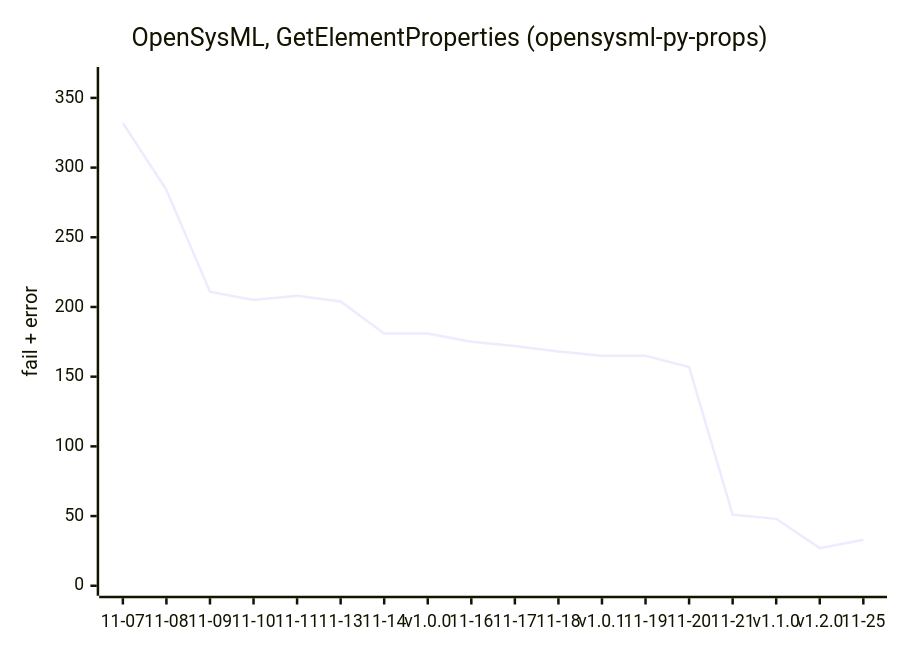
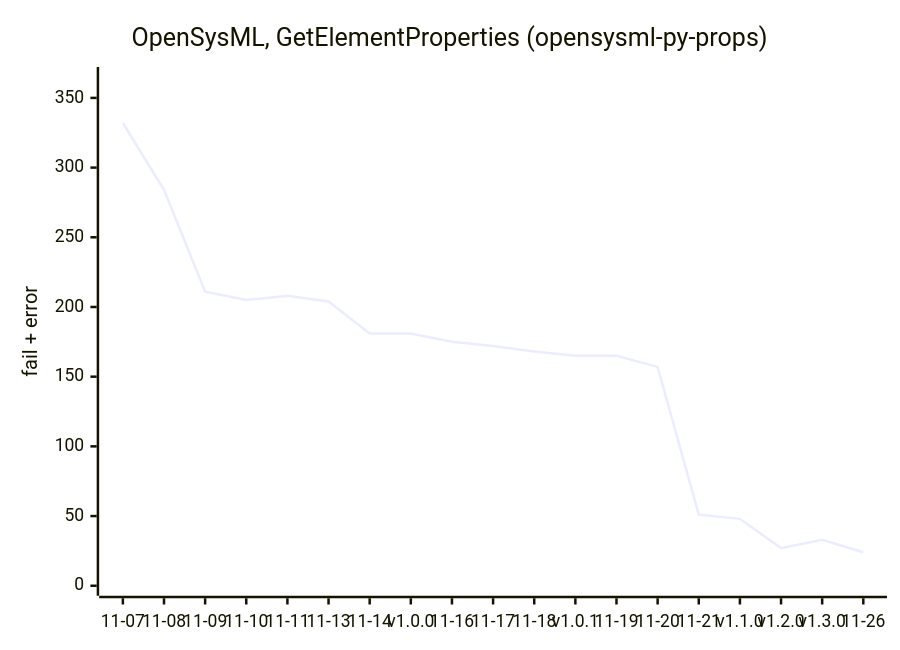
Before and after one commit to hideo67/sysmlv2-tests: the first of 4 diagrams in test-suite/PROGRESS-SNAPSHOT.md, drawn with Mermaid. The commit also changed other lines of this file and 2 other files, not shown here.

````diff
--- a/test-suite/PROGRESS-SNAPSHOT.md
+++ b/test-suite/PROGRESS-SNAPSHOT.md
@@ -18,7 +18,7 @@
 ```mermaid
 xychart-beta
     title "OpenSysML, GetElementProperties (opensysml-py-props)"
-    x-axis ["11-07", "11-08", "11-09", "11-10", "11-11", "11-13", "11-14", "v1.0.0", "11-16", "11-17", "11-18", "v1.0.1", "11-19", "11-20", "11-21", "v1.1.0", "v1.2.0", "11-25"]
+    x-axis ["11-07", "11-08", "11-09", "11-10", "11-11", "11-13", "11-14", "v1.0.0", "11-16", "11-17", "11-18", "v1.0.1", "11-19", "11-20", "11-21", "v1.1.0", "v1.2.0", "v1.3.0", "11-26"]
     y-axis "fail + error" 0 --> 365
-    line [332, 284, 211, 205, 208, 204, 181, 181, 175, 172, 168, 165, 165, 157, 51, 48, 27, 33]
+    line [332, 284, 211, 205, 208, 204, 181, 181, 175, 172, 168, 165, 165, 157, 51, 48, 27, 33, 24]
 ```
````
